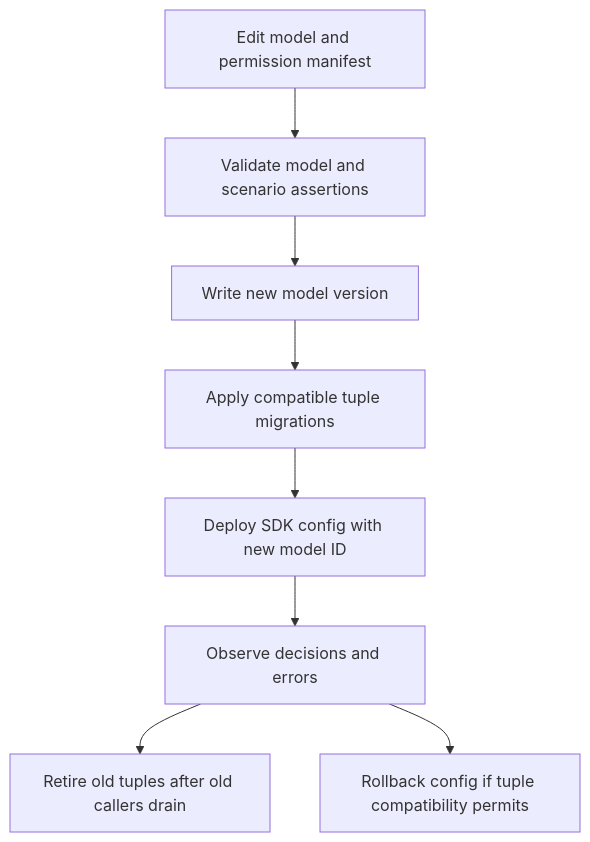
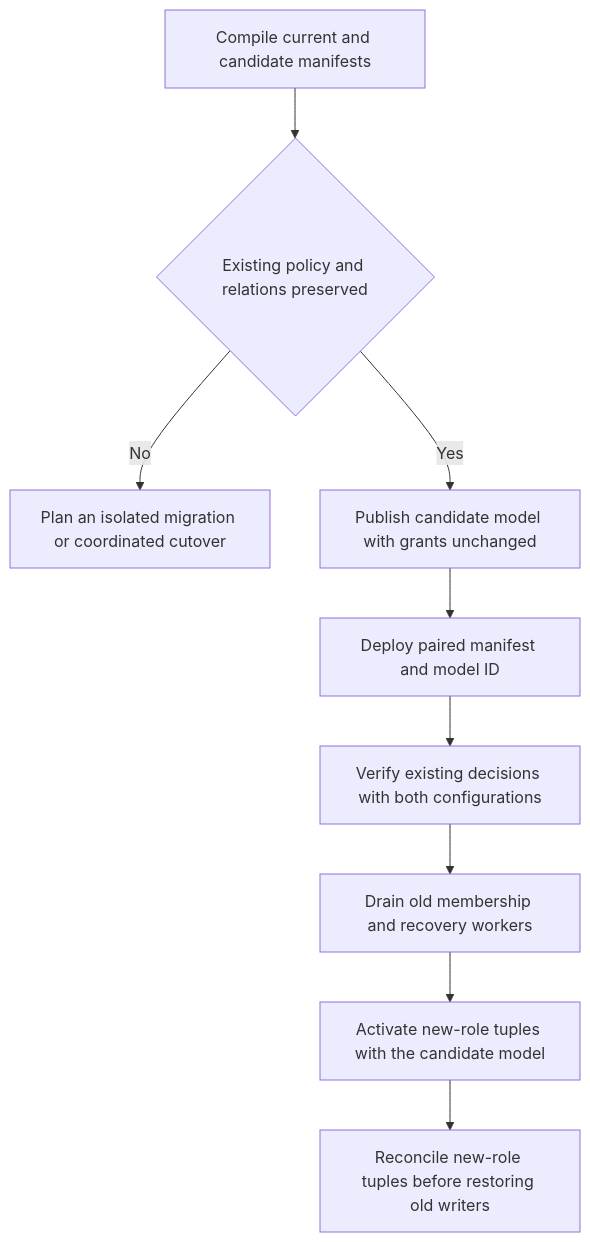
The third of 3 diagrams in docs/content/design/operations.md (techsavvyash/heimdall), drawn with Mermaid before and after one commit. The commit also changed other lines of this file and 5 other files, not shown here.

Commit message:
Rehearse append-only OpenFGA model rollout and rollback

````diff
--- a/docs/content/design/operations.md
+++ b/docs/content/design/operations.md
@@ -48,10 +50,11 @@
 ```mermaid
 flowchart TD
-  Edit[Edit model and permission manifest] --> Verify[Validate model and scenario assertions]
-  Verify --> Publish[Write new model version]
-  Publish --> Prepare[Apply compatible tuple migrations]
-  Prepare --> Deploy[Deploy SDK config with new model ID]
-  Deploy --> Observe[Observe decisions and errors]
-  Observe --> Retire[Retire old tuples after old callers drain]
-  Observe --> Rollback[Rollback config if tuple compatibility permits]
+  Edit[Compile current and candidate manifests] --> Verify{Existing policy and relations preserved}
+  Verify -->|No| Plan[Plan an isolated migration or coordinated cutover]
+  Verify -->|Yes| Publish[Publish candidate model with grants unchanged]
+  Publish --> Deploy[Deploy paired manifest and model ID]
+  Deploy --> Observe[Verify existing decisions with both configurations]
+  Observe --> Drain[Drain old membership and recovery workers]
+  Drain --> Activate[Activate new-role tuples with the candidate model]
+  Activate --> Restore[Reconcile new-role tuples before restoring old writers]
 ```
````
